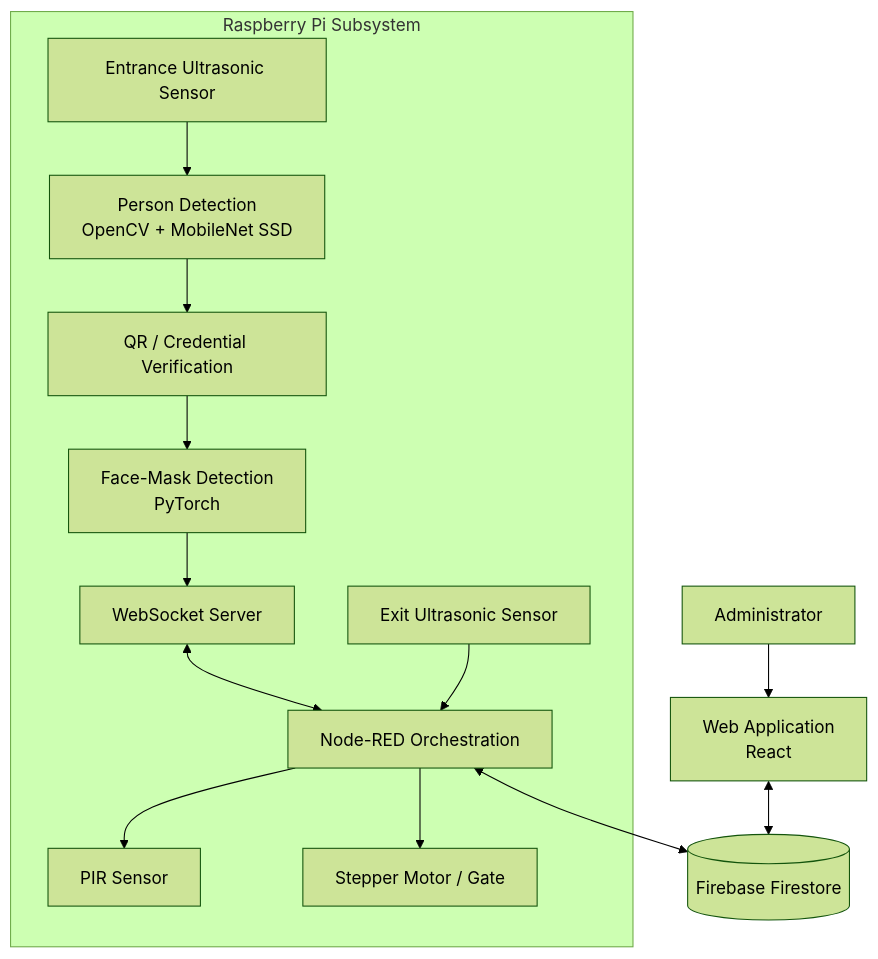
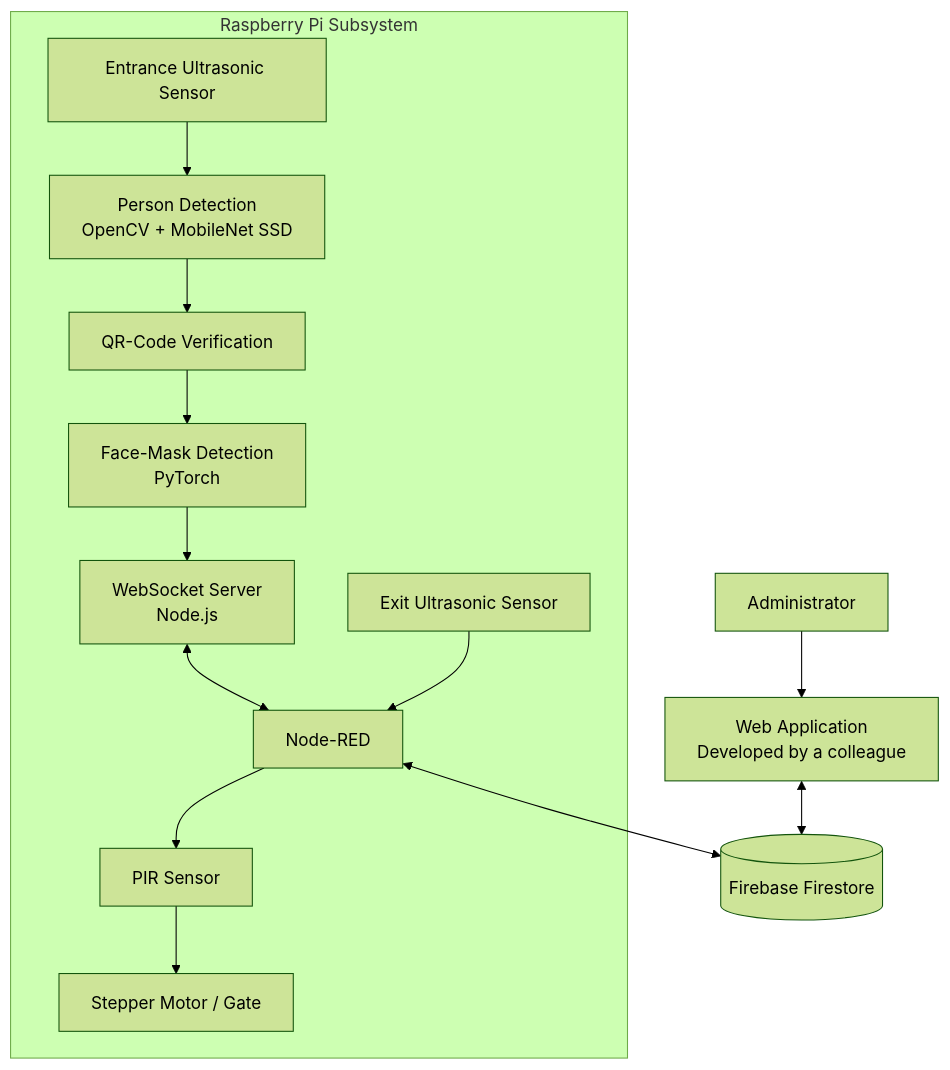
One commit to HibaBenNasr/intelligent-access-control-system changed the diagram in README.md. Above: the diagram before and after it, drawn with Mermaid (forest theme). The commit also changed other lines of this file, not shown here.

````diff
--- a/README.md
+++ b/README.md
@@ -49,31 +54,31 @@
 ```mermaid
 flowchart TB
     Admin["Administrator"]
-    Web["Web Application<br/>React"]
-    Firestore[("Firebase Firestore")]
+    Web["Web Application<br/>Developed by a colleague"]
+    DB[("Firebase Firestore")]
 
     subgraph Pi["Raspberry Pi Subsystem"]
         US["Entrance Ultrasonic Sensor"]
         Person["Person Detection<br/>OpenCV + MobileNet SSD"]
-        QR["QR / Credential Verification"]
+        QR["QR-Code Verification"]
         Mask["Face-Mask Detection<br/>PyTorch"]
-        WS["WebSocket Server"]
-        NR["Node-RED Orchestration"]
+        WS["WebSocket Server<br/>Node.js"]
+        NR["Node-RED"]
         PIR["PIR Sensor"]
         Exit["Exit Ultrasonic Sensor"]
         Motor["Stepper Motor / Gate"]
     end
 
     Admin --> Web
-    Web <--> Firestore
+    Web <--> DB
 
     US --> Person
     Person --> QR
     QR --> Mask
     Mask --> WS
     WS <--> NR
-    NR <--> Firestore
+    NR <--> DB
     NR --> PIR
-    NR --> Motor
+    PIR --> Motor
     Exit --> NR
 ```
````
